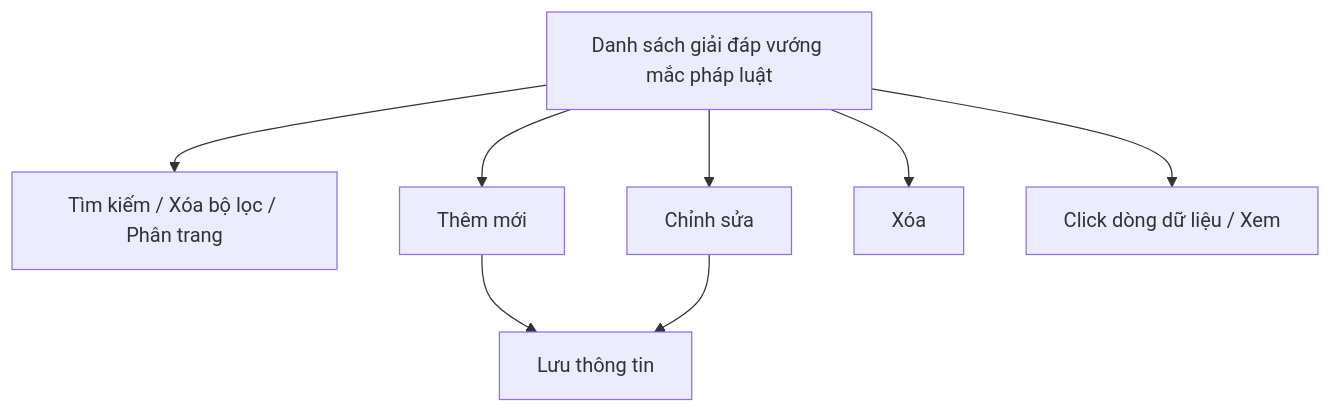
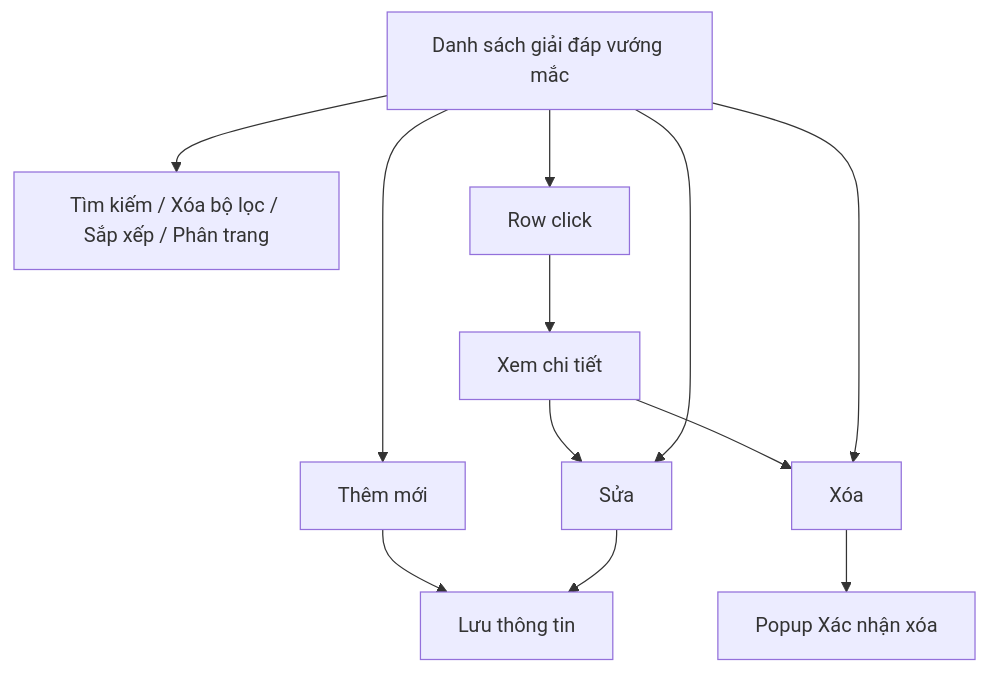
The diagram in Tai lieu phan tich/03_Website_Quan_tri/03_Cong_tac_boi_thuong/SRS_BTNN_BTP_GiaiDap_VuongMac.md (huyendt2007/BPBD_UI), drawn with Mermaid before and after one commit. The commit also changed other lines of this file and 135 other files, not shown here.

````diff
--- a/Tai lieu phan tich/03_Website_Quan_tri/03_Cong_tac_boi_thuong/SRS_BTNN_BTP_GiaiDap_VuongMac.md
+++ b/Tai lieu phan tich/03_Website_Quan_tri/03_Cong_tac_boi_thuong/SRS_BTNN_BTP_GiaiDap_VuongMac.md
@@ -23,10 +25,10 @@
 ```mermaid
 flowchart TD
-    A[Danh sách giải đáp vướng mắc pháp luật] --> B[Tìm kiếm / Xóa bộ lọc / Phân trang]
-    A --> C[Thêm mới]
-    C --> D[Lưu thông tin]
-    A --> E[Chỉnh sửa]
-    E --> D
-    A --> F[Xóa]
-    A --> G[Click dòng dữ liệu / Xem]
+    A[Danh sách giải đáp vướng mắc] --> B[Tìm kiếm / Xóa bộ lọc / Sắp xếp / Phân trang]
+    A --> G[Row click] --> K[Xem chi tiết]
+    K --> E
+    K --> F
+    A --> C[Thêm mới] --> D[Lưu thông tin]
+    A --> E[Sửa] --> D
+    A --> F[Xóa] --> X[Popup Xác nhận xóa]
 ```
````
